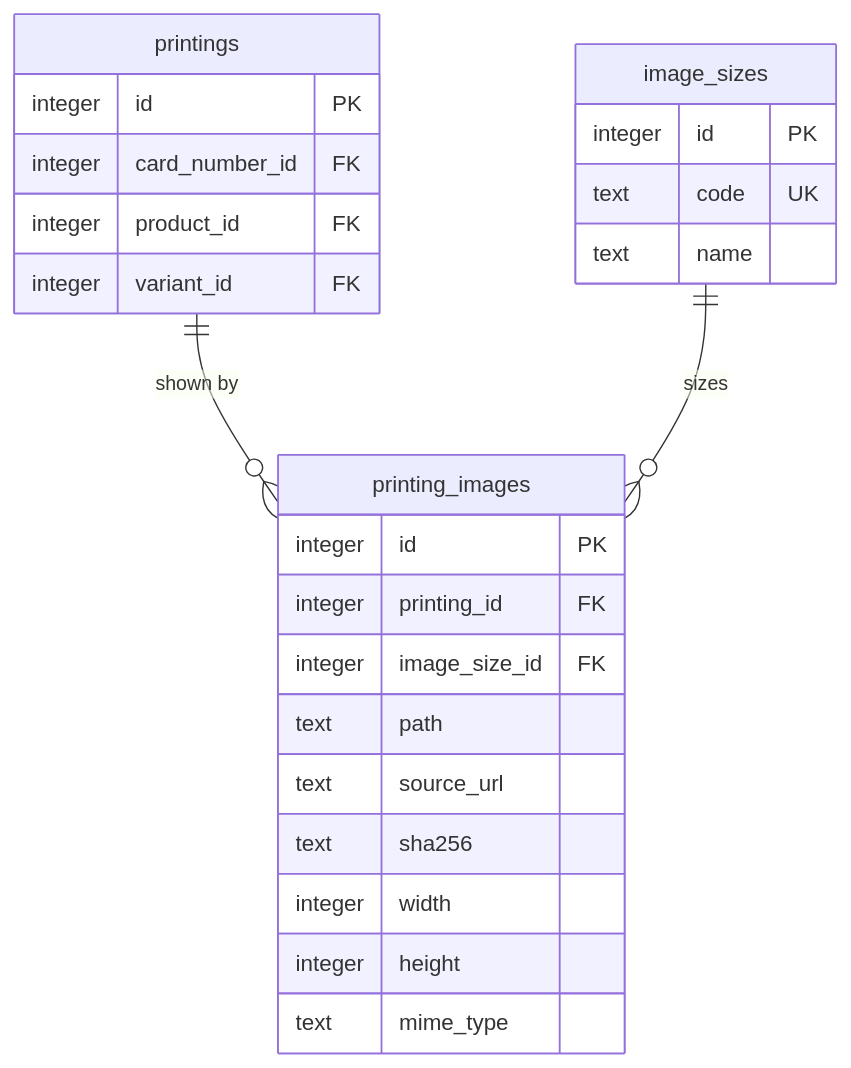
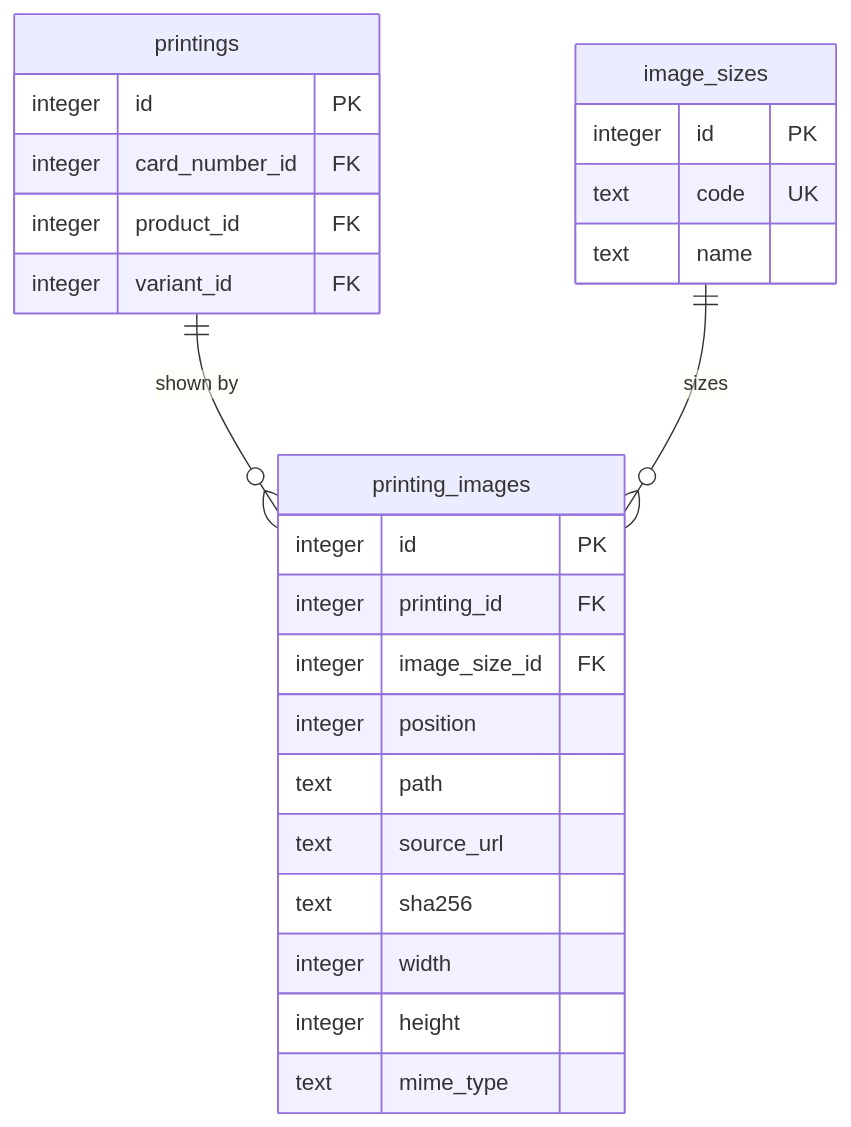
The eighth of 8 diagrams in docs/data-model/target-schema.md (AleFire99/BS_Database), drawn with Mermaid before and after one commit. The commit also changed other lines of this file and 2 other files, not shown here.

First line of the commit message:
feat(db): allow several images per printing and size via position

````diff
--- a/docs/data-model/target-schema.md
+++ b/docs/data-model/target-schema.md
@@ -1203,28 +1204,29 @@
 ```mermaid
 erDiagram
     printings ||--o{ printing_images : "shown by"
     image_sizes ||--o{ printing_images : "sizes"
 
     printings {
         integer id PK
         integer card_number_id FK
         integer product_id FK
         integer variant_id FK
     }
     image_sizes {
         integer id PK
         text code UK
         text name
     }
     printing_images {
         integer id PK
         integer printing_id FK
         integer image_size_id FK
+        integer position
         text path
         text source_url
         text sha256
         integer width
         integer height
         text mime_type
     }
 ```
````
